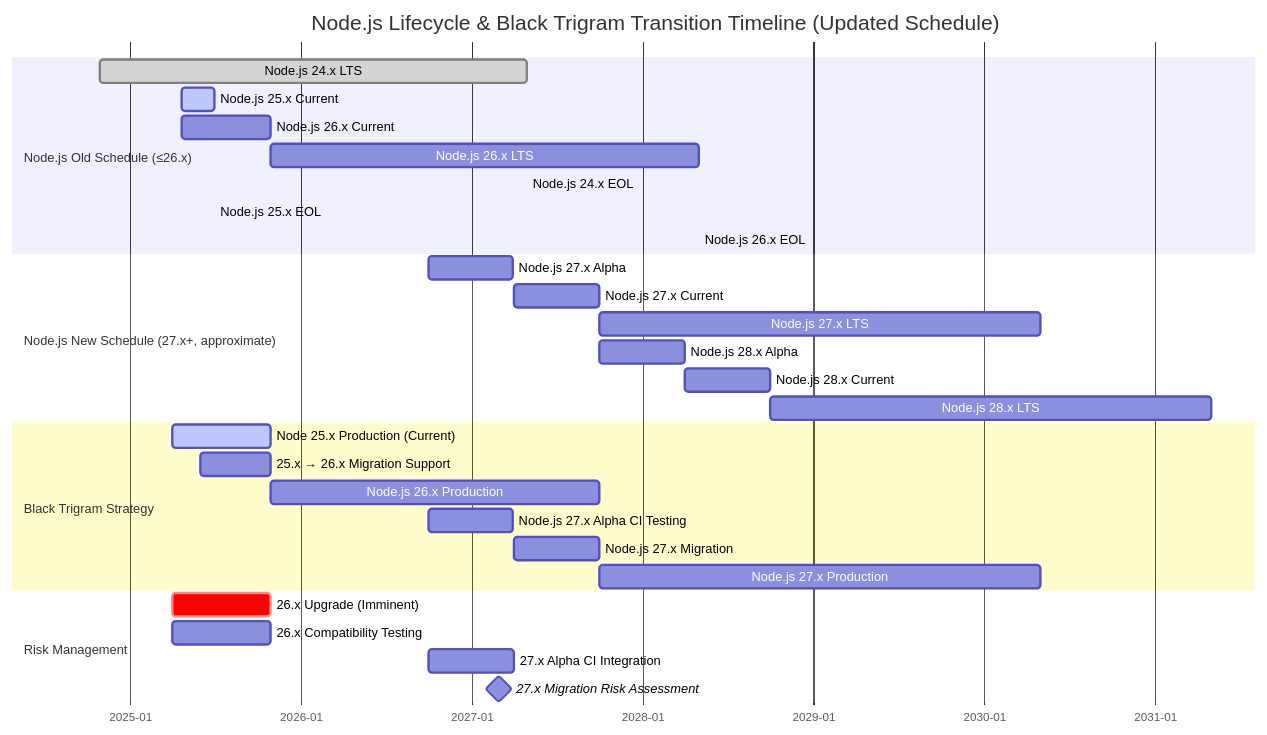
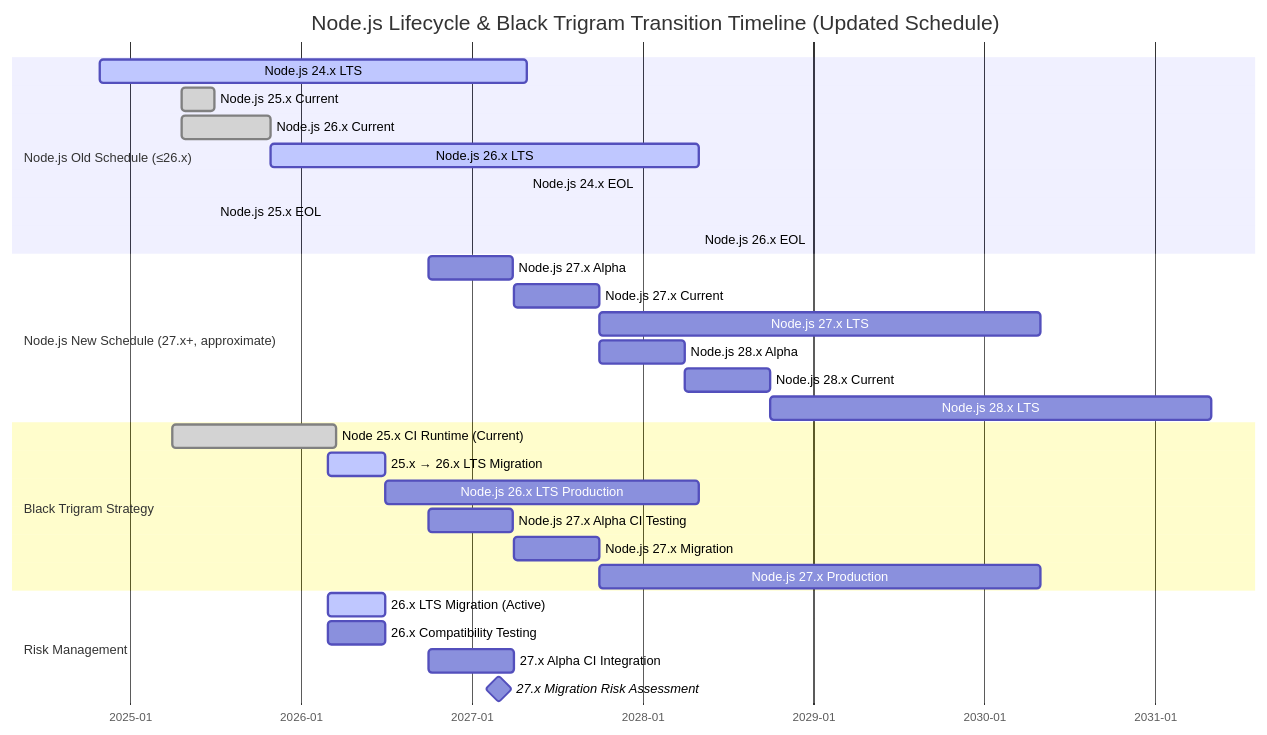
Before and after one commit to Hack23/blacktrigram: the second of 8 diagrams in End-of-Life-Strategy.md, drawn with Mermaid. The commit also changed other lines of this file and 16 other files, not shown here.

Commit message:
Fix PR review: Vite 8.x version, EOL-Strategy timeline accuracy, PixiJS→Three.js refs, agents Node 25

````diff
--- a/End-of-Life-Strategy.md
+++ b/End-of-Life-Strategy.md
@@ -175,37 +175,37 @@
 ```mermaid
 gantt
     title Node.js Lifecycle & Black Trigram Transition Timeline (Updated Schedule)
     dateFormat YYYY-MM-DD
     axisFormat %Y-%m
 
     section Node.js Old Schedule (≤26.x)
-    Node.js 24.x LTS        :done, node24lts, 2024-10-29, 2027-04-30
-    Node.js 25.x Current     :active, node25c, 2025-04-22, 2025-06-30
-    Node.js 26.x Current     :node26c, 2025-04-22, 2025-10-28
-    Node.js 26.x LTS         :node26lts, 2025-10-28, 2028-04-30
+    Node.js 24.x LTS        :active, node24lts, 2024-10-29, 2027-04-30
+    Node.js 25.x Current     :done, node25c, 2025-04-22, 2025-06-30
+    Node.js 26.x Current     :done, node26c, 2025-04-22, 2025-10-28
+    Node.js 26.x LTS         :active, node26lts, 2025-10-28, 2028-04-30
     Node.js 24.x EOL         :crit, node24eol, 2027-04-30, 0d
     Node.js 25.x EOL         :crit, node25eol, 2025-06-30, 0d
     Node.js 26.x EOL         :crit, node26eol, 2028-04-30, 0d
 
     section Node.js New Schedule (27.x+, approximate)
     Node.js 27.x Alpha       :node27a, 2026-10-01, 2027-03-31
     Node.js 27.x Current     :node27c, 2027-04-01, 2027-09-30
     Node.js 27.x LTS         :node27lts, 2027-10-01, 2030-04-30
     Node.js 28.x Alpha       :node28a, 2027-10-01, 2028-03-31
     Node.js 28.x Current     :node28c, 2028-04-01, 2028-09-30
     Node.js 28.x LTS         :node28lts, 2028-10-01, 2031-04-30
 
     section Black Trigram Strategy
-    Node 25.x Production (Current)  :active, bt25prod, 2025-04-01, 2025-10-28
-    25.x → 26.x Migration Support   :bt25mig, 2025-06-01, 2025-10-28
-    Node.js 26.x Production          :bt26prod, 2025-10-28, 2027-09-30
-    Node.js 27.x Alpha CI Testing    :bt27alpha, 2026-10-01, 2027-03-31
-    Node.js 27.x Migration           :bt27mig, 2027-04-01, 2027-09-30
-    Node.js 27.x Production          :bt27prod, 2027-10-01, 2030-04-30
+    Node 25.x CI Runtime (Current) :done, bt25prod, 2025-04-01, 2026-03-18
+    25.x → 26.x LTS Migration      :active, bt25mig, 2026-03-01, 2026-06-30
+    Node.js 26.x LTS Production     :bt26prod, 2026-06-30, 2028-04-30
+    Node.js 27.x Alpha CI Testing   :bt27alpha, 2026-10-01, 2027-03-31
+    Node.js 27.x Migration          :bt27mig, 2027-04-01, 2027-09-30
+    Node.js 27.x Production         :bt27prod, 2027-10-01, 2030-04-30
 
     section Risk Management
-    26.x Upgrade (Imminent)          :crit, upgrade26, 2025-04-01, 2025-10-28
-    26.x Compatibility Testing       :compat26, 2025-04-01, 2025-10-28
+    26.x LTS Migration (Active)      :active, upgrade26, 2026-03-01, 2026-06-30
+    26.x Compatibility Testing       :compat26, 2026-03-01, 2026-06-30
     27.x Alpha CI Integration        :alphaci, 2026-10-01, 2027-04-01
     27.x Migration Risk Assessment   :milestone, riskassess27, 2027-03-01, 0d
 ```
````
